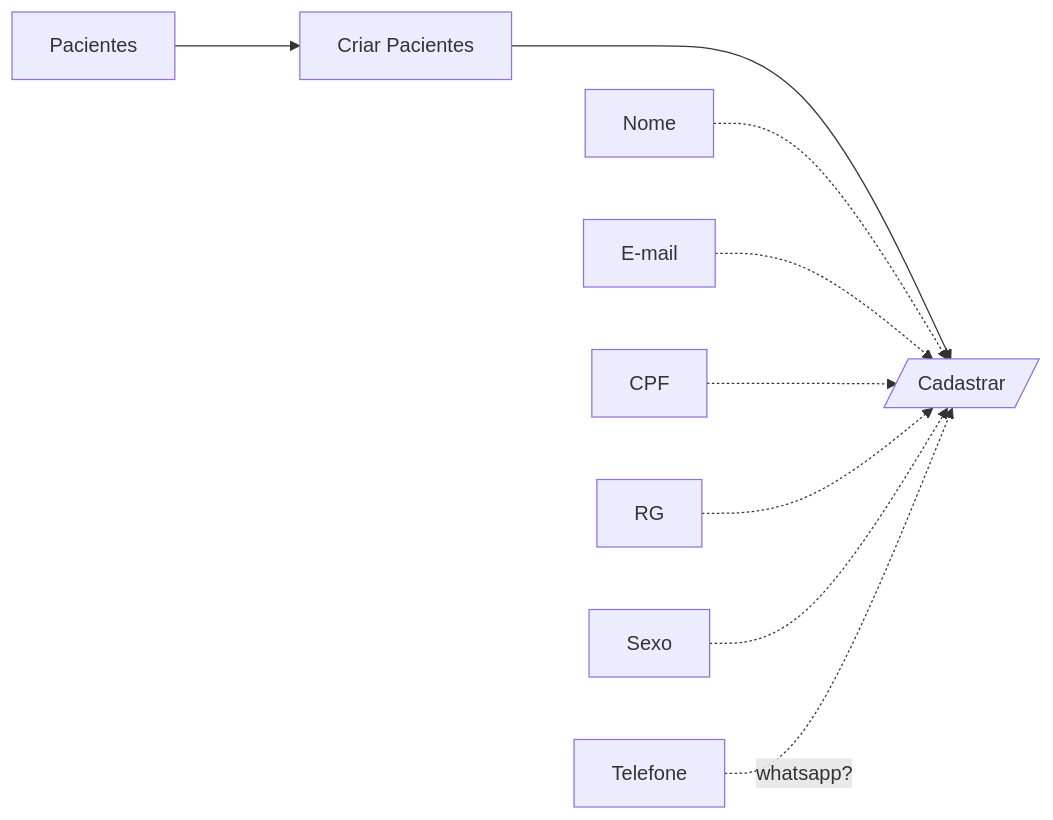
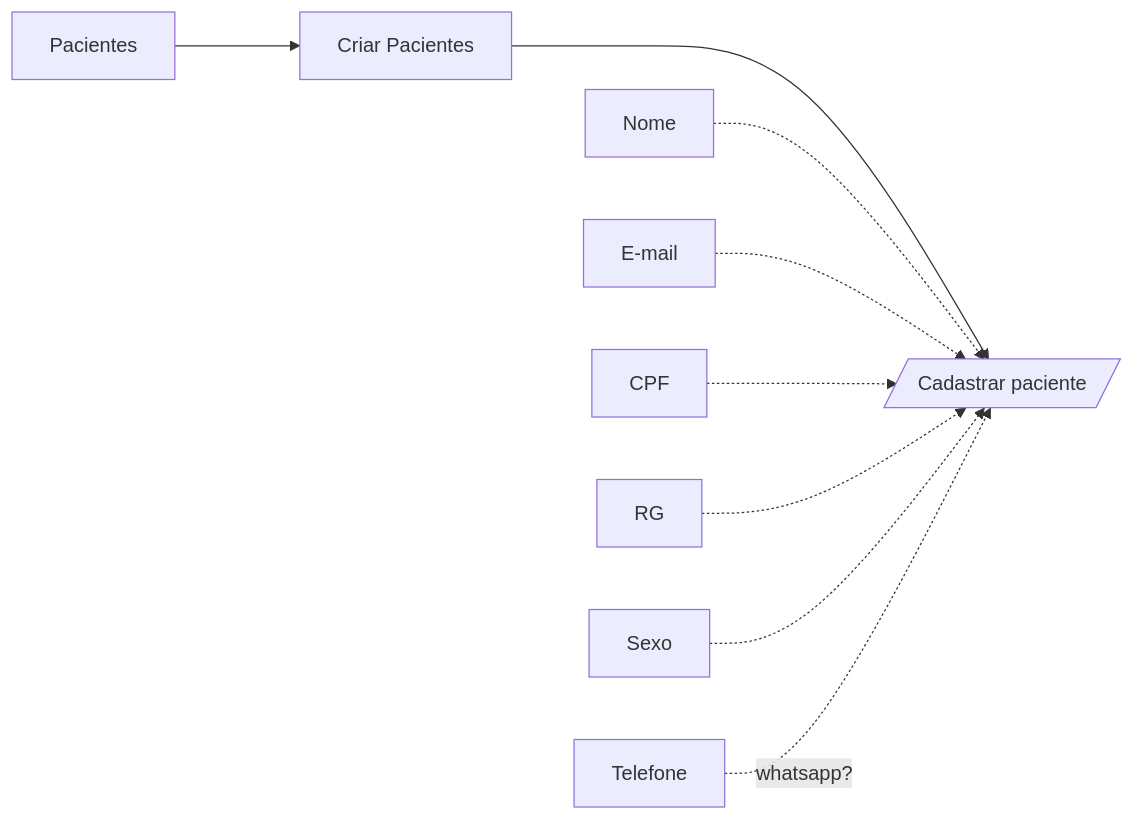
The eighth of 8 diagrams in README.md (azevedogustavo/teste_doc), drawn with Mermaid before and after one commit.

````diff
--- a/README.md
+++ b/README.md
@@ -149,14 +149,14 @@
 ```mermaid
   
   graph LR;
 
-  Pacientes[Pacientes] ---> Criarprofsaude["Criar Pacientes"] ---> Cadastrar[/"Cadastrar"/];
+  Pacientes[Pacientes] ---> Criarprofsaude["Criar Pacientes"] ---> Cadastrar[/"Cadastrar paciente"/];
 
- Nome -.-> Cadastrar[/"Cadastrar"/];
- E-mail -.-> Cadastrar[/"Cadastrar"/];
- CPF -.-> Cadastrar[/"Cadastrar"/];
- RG -.-> Cadastrar[/"Cadastrar"/];
- Sexo -.-> Cadastrar[/"Cadastrar"/];
- Telefone -.-> |whatsapp?| Cadastrar[/"Cadastrar"/];
+ Nome -.-> Cadastrar;
+ E-mail -.-> Cadastrar;
+ CPF -.-> Cadastrar;
+ RG -.-> Cadastrar;
+ Sexo -.-> Cadastrar;
+ Telefone -.-> |whatsapp?| Cadastrar;
 
 ```
````
